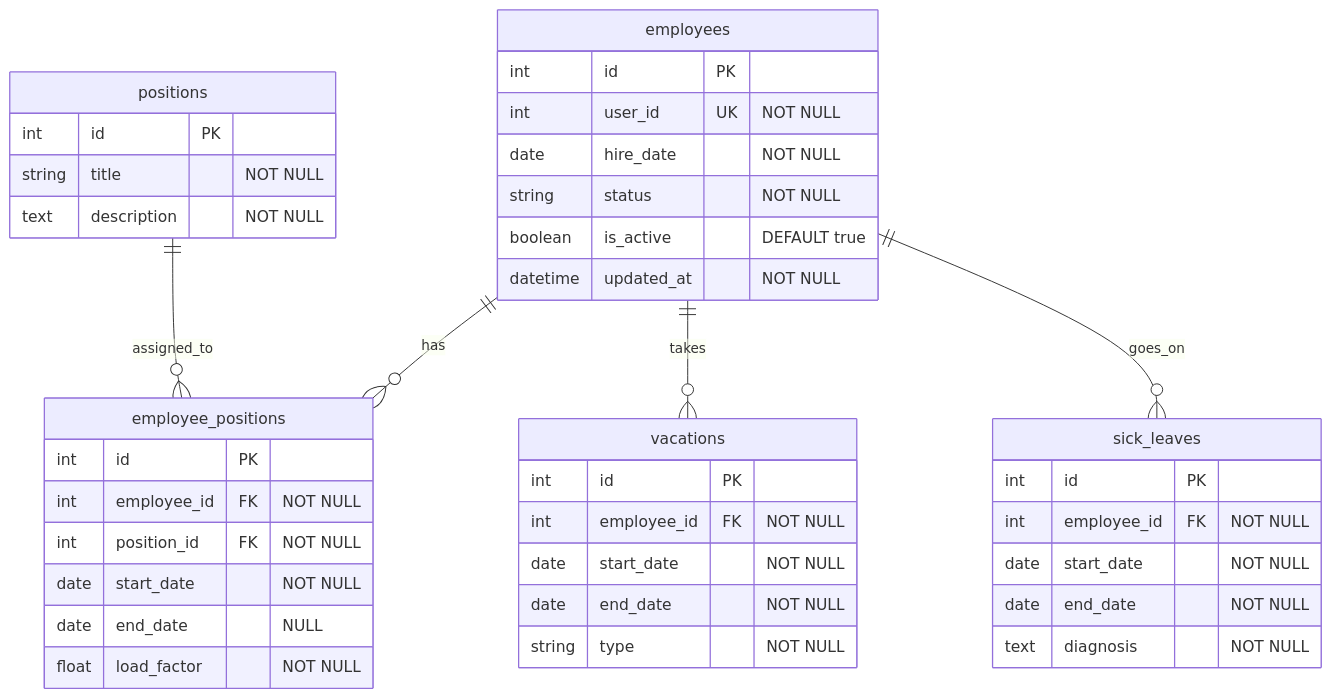
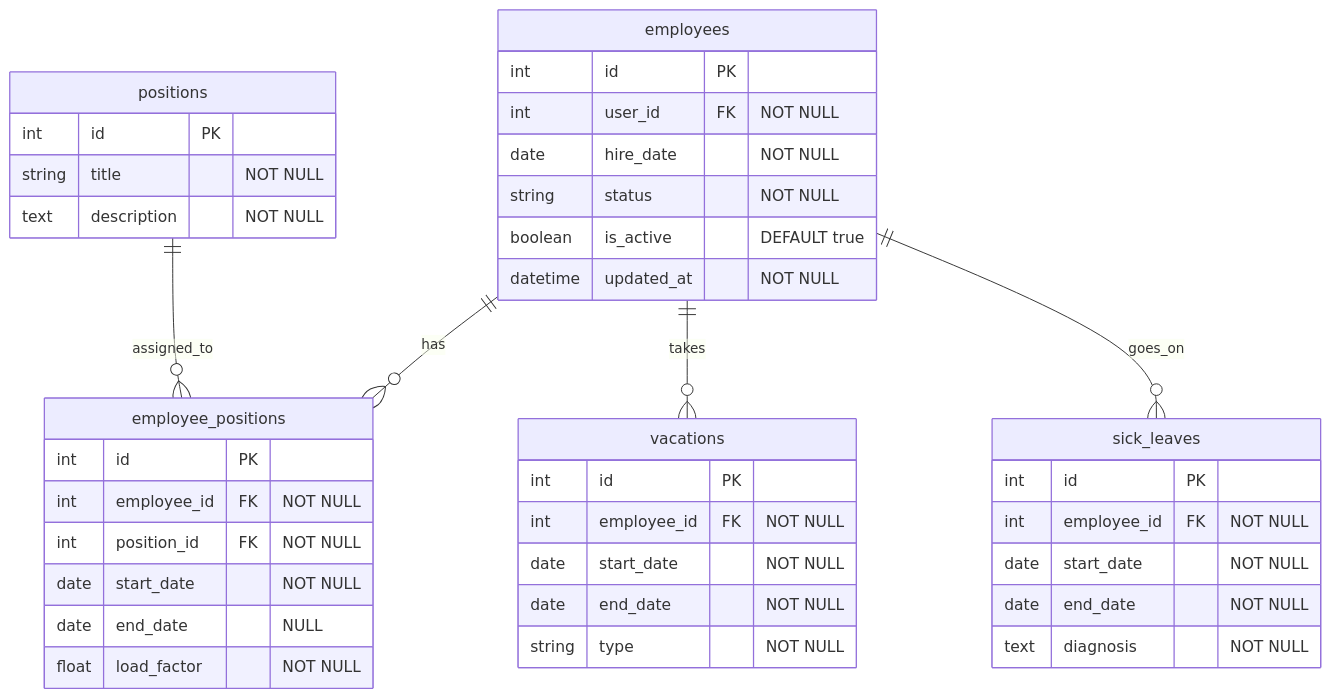
One commit to YuriSilenok/KPK_UP2_24-1P11 changed the diagram in S10/doc.md. Above: the diagram before and after it, drawn with Mermaid. The commit also changed other lines of this file, not shown here.

````diff
--- a/S10/doc.md
+++ b/S10/doc.md
@@ -111,43 +114,43 @@
 ```mermaid
 erDiagram
     employees {
         int id PK
-        int user_id UK "NOT NULL"
+        int user_id FK "NOT NULL"
         date hire_date "NOT NULL"
         string status "NOT NULL"
         boolean is_active "DEFAULT true"
         datetime updated_at "NOT NULL"
     }
     positions {
         int id PK
         string title "NOT NULL"
         text description "NOT NULL"
     }
     employee_positions {
         int id PK
         int employee_id FK "NOT NULL"
         int position_id FK "NOT NULL"
         date start_date "NOT NULL"
         date end_date "NULL"
         float load_factor "NOT NULL"
     }
     vacations {
         int id PK
         int employee_id FK "NOT NULL"
         date start_date "NOT NULL"
         date end_date "NOT NULL"
         string type "NOT NULL"
     }
     sick_leaves {
         int id PK
         int employee_id FK "NOT NULL"
         date start_date "NOT NULL"
         date end_date "NOT NULL"
         text diagnosis "NOT NULL"
     }
 
     employees ||--o{ employee_positions : "has"
     positions ||--o{ employee_positions : "assigned_to"
     employees ||--o{ vacations : "takes"
     employees ||--o{ sick_leaves : "goes_on"
 ```
````
